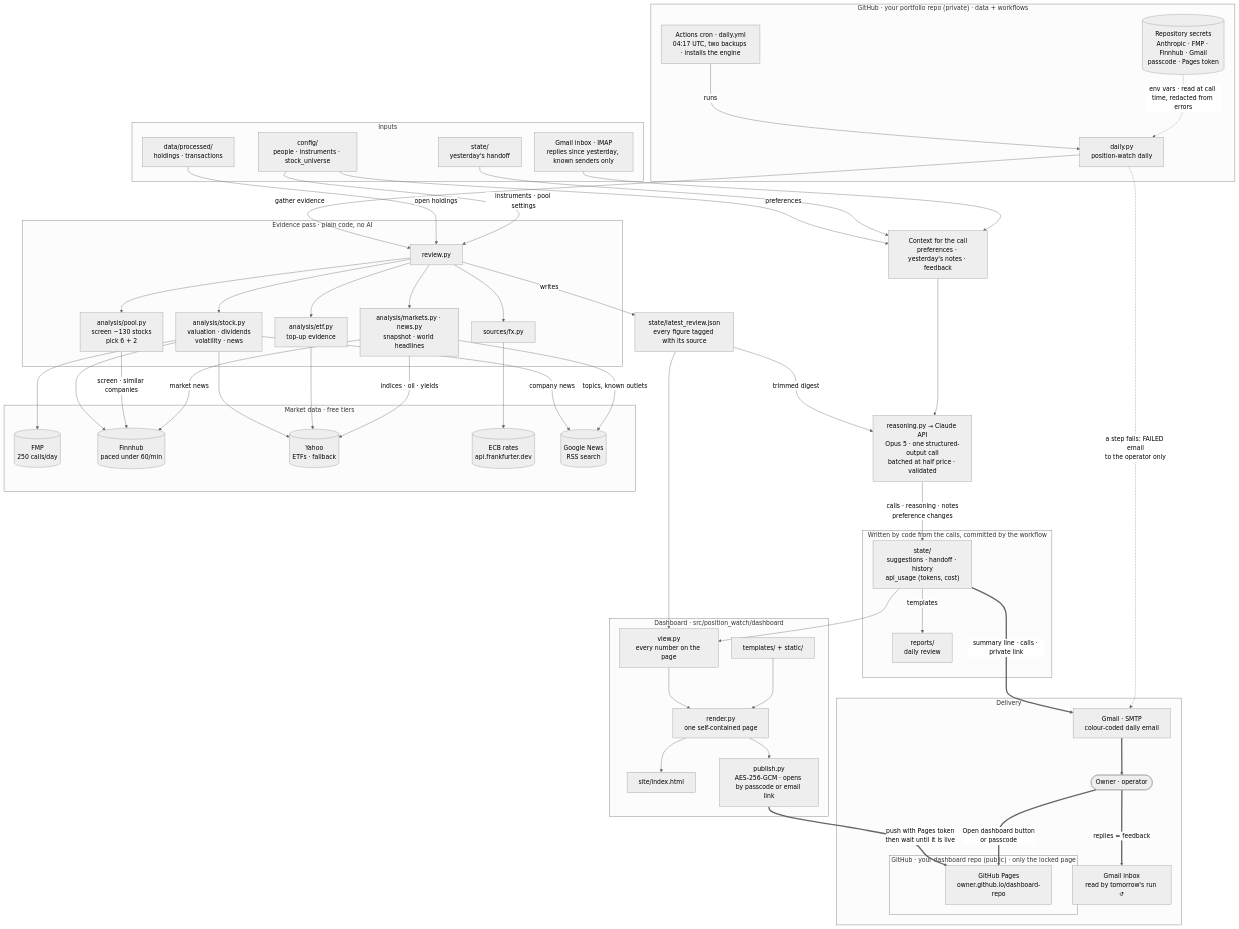
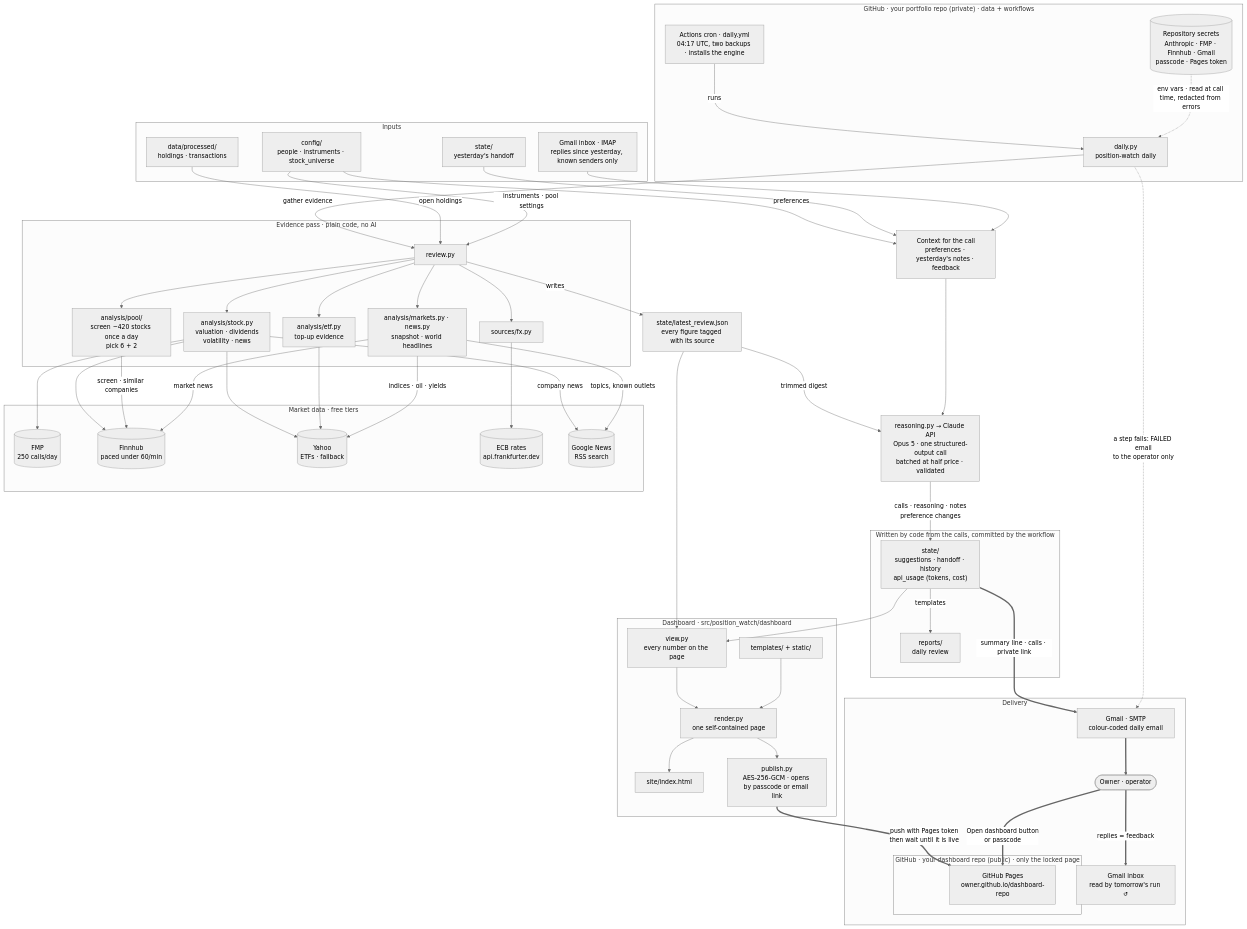
One commit to alexdiehl0/position-watch-engine changed the second of 3 diagrams in docs/architecture.md. Above: the diagram before and after it, drawn with Mermaid (neutral theme). The commit also changed 11 other files, not shown here.

```diff
--- a/docs/architecture.md
+++ b/docs/architecture.md
@@ -73,7 +73,7 @@
     REV["review.py"]
     REV --> STK["analysis/stock.py<br/>valuation · dividends<br/>volatility · news"]
     REV --> ETF["analysis/etf.py<br/>top-up evidence"]
-    REV --> POOL["analysis/pool.py<br/>screen ~130 stocks<br/>pick 6 + 2"]
+    REV --> POOL["analysis/pool/<br/>screen ~420 stocks once a day<br/>pick 6 + 2"]
     REV --> FX["sources/fx.py"]
     REV --> MKTN["analysis/markets.py · news.py<br/>snapshot · world headlines"]
   end
```
